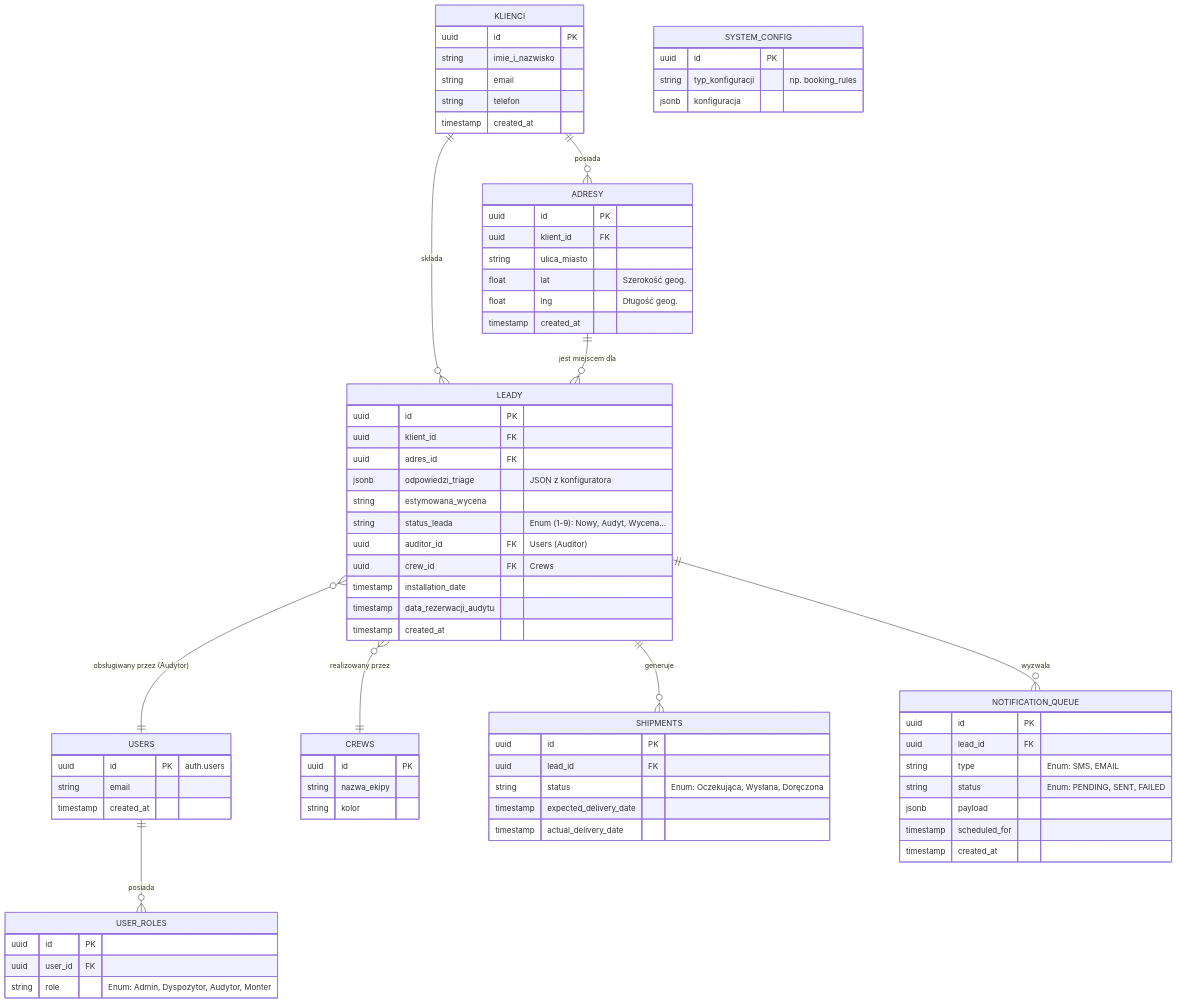
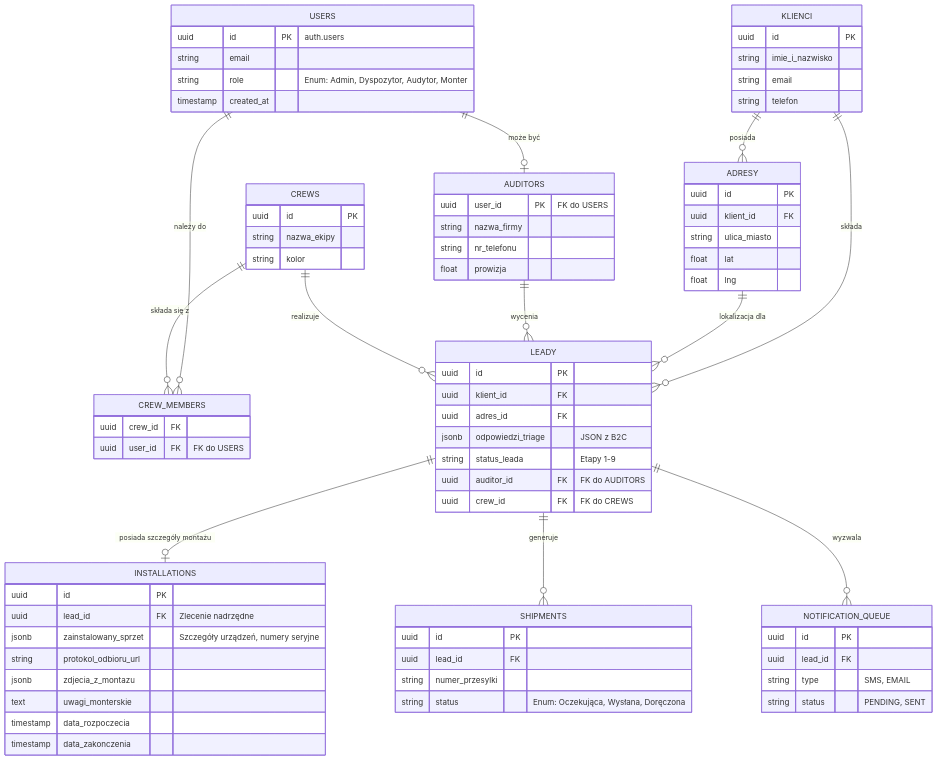
Before and after one commit to aiprojectmanagersznurowski-afk/klikklima-system: the diagram in turborepo/docs/architecture/database_model.md, drawn with Mermaid. The commit also changed other lines of this file, not shown here.

Commit message:
docs: expand ERD with installations, crews and auditors entities

````diff
--- a/turborepo/docs/architecture/database_model.md
+++ b/turborepo/docs/architecture/database_model.md
@@ -9,13 +9,15 @@
     USERS {
         uuid id PK "auth.users"
         string email
+        string role "Enum: Admin, Dyspozytor, Audytor, Monter"
         timestamp created_at
     }
 
-    USER_ROLES {
-        uuid id PK
-        uuid user_id FK
-        string role "Enum: Admin, Dyspozytor, Audytor, Monter"
+    AUDITORS {
+        uuid user_id PK "FK do USERS"
+        string nazwa_firmy
+        string nr_telefonu
+        float prowizja
     }
 
     CREWS {
@@ -24,67 +26,73 @@
         string kolor
     }
 
+    CREW_MEMBERS {
+        uuid crew_id FK
+        uuid user_id FK "FK do USERS"
+    }
+
     KLIENCI {
         uuid id PK
         string imie_i_nazwisko
         string email
         string telefon
-        timestamp created_at
     }
 
     ADRESY {
         uuid id PK
         uuid klient_id FK
         string ulica_miasto
-        float lat "Szerokość geog."
-        float lng "Długość geog."
-        timestamp created_at
+        float lat 
+        float lng 
     }
 
     LEADY {
         uuid id PK
         uuid klient_id FK
         uuid adres_id FK
-        jsonb odpowiedzi_triage "JSON z konfiguratora"
-        string estymowana_wycena
-        string status_leada "Enum (1-9): Nowy, Audyt, Wycena..."
-        uuid auditor_id FK "Users (Auditor)"
-        uuid crew_id FK "Crews"
-        timestamp installation_date
-        timestamp data_rezerwacji_audytu
-        timestamp created_at
+        jsonb odpowiedzi_triage "JSON z B2C"
+        string status_leada "Etapy 1-9"
+        uuid auditor_id FK "FK do AUDITORS"
+        uuid crew_id FK "FK do CREWS"
+    }
+
+    INSTALLATIONS {
+        uuid id PK
+        uuid lead_id FK "Zlecenie nadrzędne"
+        jsonb zainstalowany_sprzet "Szczegóły urządzeń, numery seryjne"
+        string protokol_odbioru_url
+        jsonb zdjecia_z_montazu
+        text uwagi_monterskie
+        timestamp data_rozpoczecia
+        timestamp data_zakonczenia
     }
 
     SHIPMENTS {
         uuid id PK
         uuid lead_id FK
+        string numer_przesylki
         string status "Enum: Oczekująca, Wysłana, Doręczona"
-        timestamp expected_delivery_date
-        timestamp actual_delivery_date
     }
 
     NOTIFICATION_QUEUE {
         uuid id PK
         uuid lead_id FK
-        string type "Enum: SMS, EMAIL"
-        string status "Enum: PENDING, SENT, FAILED"
-        jsonb payload
-        timestamp scheduled_for
-        timestamp created_at
+        string type "SMS, EMAIL"
+        string status "PENDING, SENT"
     }
 
-    SYSTEM_CONFIG {
-        uuid id PK
-        string typ_konfiguracji "np. booking_rules"
-        jsonb konfiguracja
-    }
-
-    USERS ||--o{ USER_ROLES : "posiada"
+    USERS ||--o| AUDITORS : "może być"
+    USERS ||--o{ CREW_MEMBERS : "należy do"
+    CREWS ||--o{ CREW_MEMBERS : "składa się z"
+    
     KLIENCI ||--o{ ADRESY : "posiada"
     KLIENCI ||--o{ LEADY : "składa"
-    ADRESY ||--o{ LEADY : "jest miejscem dla"
-    LEADY }o--|| USERS : "obsługiwany przez (Audytor)"
-    LEADY }o--|| CREWS : "realizowany przez"
+    ADRESY ||--o{ LEADY : "lokalizacja dla"
+    
+    AUDITORS ||--o{ LEADY : "wycenia"
+    CREWS ||--o{ LEADY : "realizuje"
+    
+    LEADY ||--o| INSTALLATIONS : "posiada szczegóły montażu"
     LEADY ||--o{ SHIPMENTS : "generuje"
     LEADY ||--o{ NOTIFICATION_QUEUE : "wyzwala"
 ```
````
